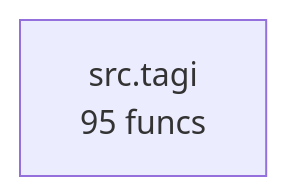
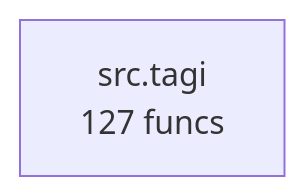
The diagram in project/compact_flow.mmd (semcod/tagi), drawn with Mermaid before and after one commit. The commit also changed 42 other files, not shown here.

```diff
--- a/project/compact_flow.mmd
+++ b/project/compact_flow.mmd
@@ -1,3 +1,3 @@
 flowchart TD
-%% generated in 0.00s
-    src__tagi["src.tagi<br/>95 funcs"]
+%% generated in 0.01s
+    src__tagi["src.tagi<br/>127 funcs"]
```
